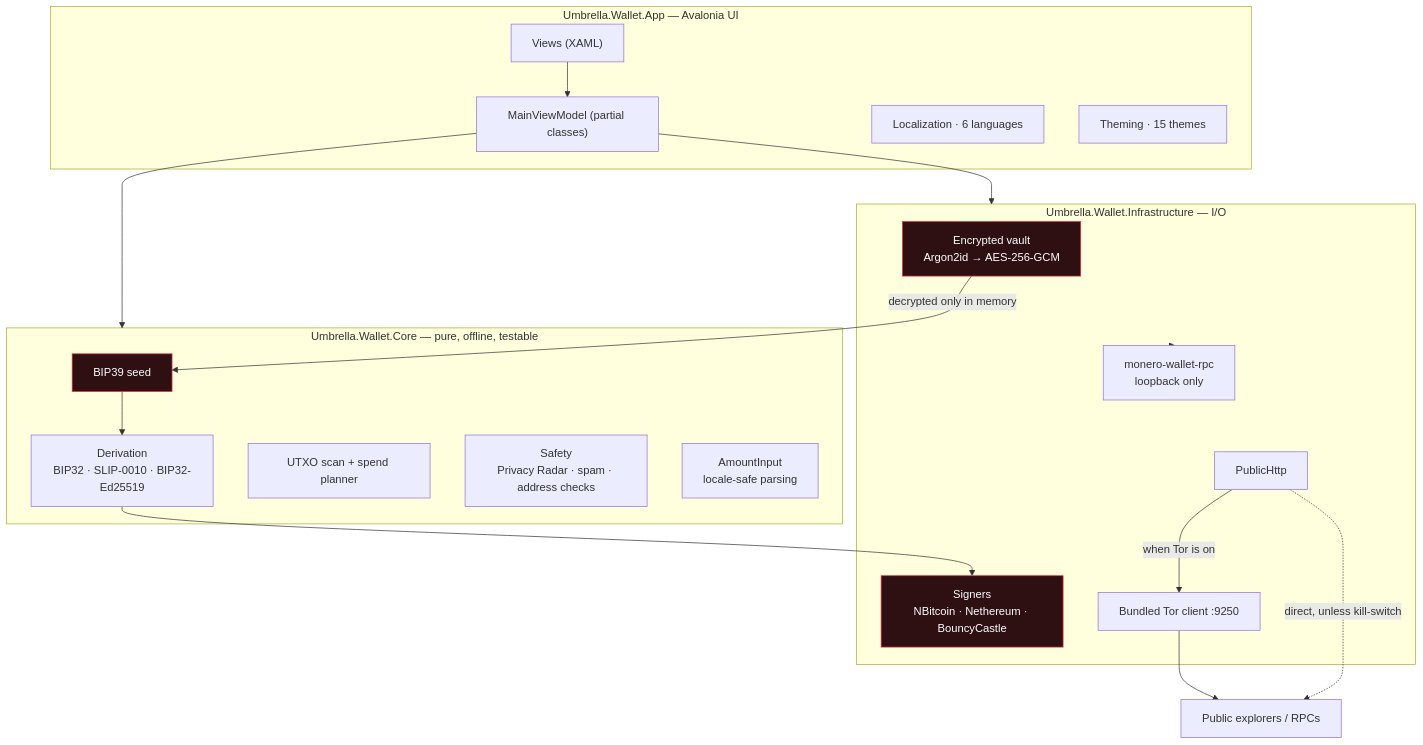
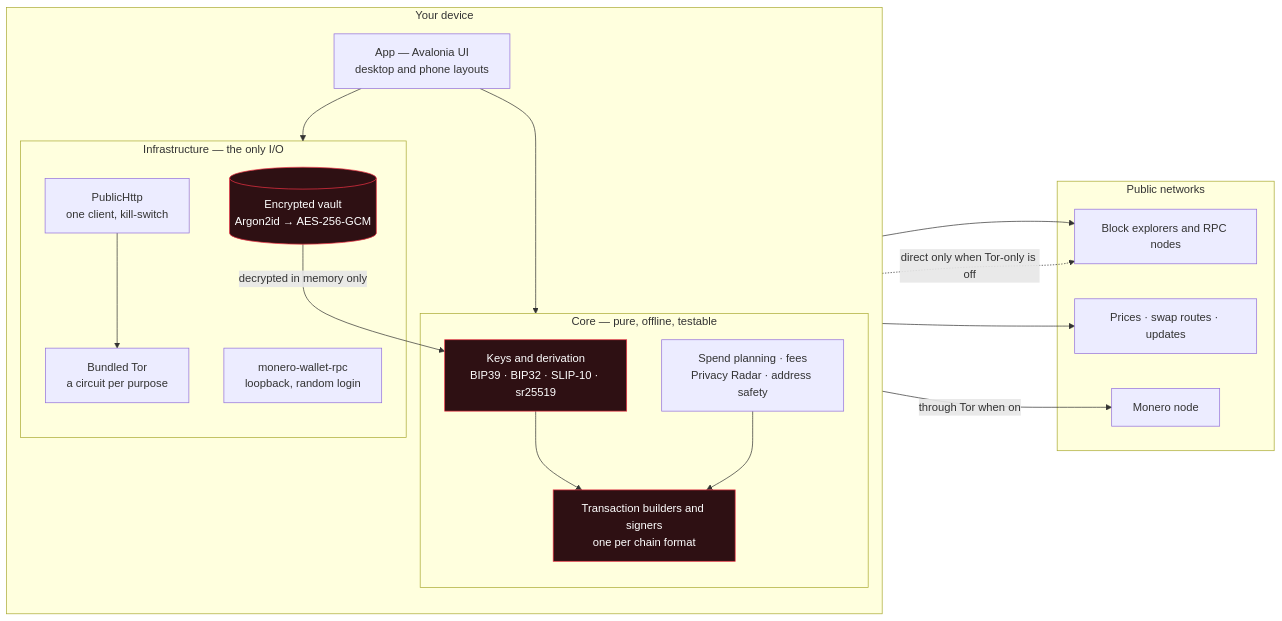
One commit to thefear078/Phobia-Wallet changed the second of 3 diagrams in README.md. Above: the diagram before and after it, drawn with Mermaid. The commit also changed other lines of this file and 119 other files, not shown here.

````diff
--- a/README.md
+++ b/README.md
@@ -322,39 +230,36 @@
 ```mermaid
-flowchart TB
-    subgraph UI["Umbrella.Wallet.App — Avalonia UI"]
-        V["Views (XAML)"]
-        VM["MainViewModel (partial classes)"]
-        LOC["Localization · 6 languages"]
-        THEME["Theming · 15 themes"]
+flowchart LR
+    subgraph Device["Your device"]
+        direction TB
+        UI["App — Avalonia UI<br/>desktop and phone layouts"]
+        subgraph Core["Core — pure, offline, testable"]
+            K["Keys and derivation<br/>BIP39 · BIP32 · SLIP-10 · sr25519"]
+            P["Spend planning · fees<br/>Privacy Radar · address safety"]
+            S["Transaction builders and signers<br/>one per chain format"]
+        end
+        subgraph Infra["Infrastructure — the only I/O"]
+            V[("Encrypted vault<br/>Argon2id → AES-256-GCM")]
+            H["PublicHttp<br/>one client, kill-switch"]
+            T["Bundled Tor<br/>a circuit per purpose"]
+            X["monero-wallet-rpc<br/>loopback, random login"]
+        end
     end
-
-    subgraph CORE["Umbrella.Wallet.Core — pure, offline, testable"]
-        SEED["BIP39 seed"]
-        DERIVE["Derivation<br/>BIP32 · SLIP-0010 · BIP32-Ed25519"]
-        UTXO["UTXO scan + spend planner"]
-        SAFETY["Safety<br/>Privacy Radar · spam · address checks"]
-        AMOUNT["AmountInput<br/>locale-safe parsing"]
+    subgraph Net["Public networks"]
+        E["Block explorers and RPC nodes"]
+        R["Prices · swap routes · updates"]
+        M["Monero node"]
     end
-
-    subgraph INFRA["Umbrella.Wallet.Infrastructure — I/O"]
-        VAULT["Encrypted vault<br/>Argon2id → AES-256-GCM"]
-        HTTP["PublicHttp"]
-        TOR["Bundled Tor client :9250"]
-        XMRRPC["monero-wallet-rpc<br/>loopback only"]
-        SIGN["Signers<br/>NBitcoin · Nethereum · BouncyCastle"]
-    end
-
-    EXPL["Public explorers / RPCs"]
-
-    V --> VM
-    VM --> CORE
-    VM --> INFRA
-    HTTP -->|"when Tor is on"| TOR --> EXPL
-    HTTP -.->|"direct, unless kill-switch"| EXPL
-    INFRA --> XMRRPC
-    VAULT -->|"decrypted only in memory"| SEED
-    SEED --> DERIVE --> SIGN
+    UI --> Core
+    UI --> Infra
+    V -- "decrypted in memory only" --> K
+    K --> S
+    P --> S
+    H --> T
+    T --> E
+    T --> R
+    H -. "direct only when Tor-only is off" .-> E
+    X -- "through Tor when on" --> M
 
     classDef secret fill:#2E1013,stroke:#EE3244,color:#fff
-    class SEED,VAULT,SIGN secret
+    class V,K,S secret
 ```
````
